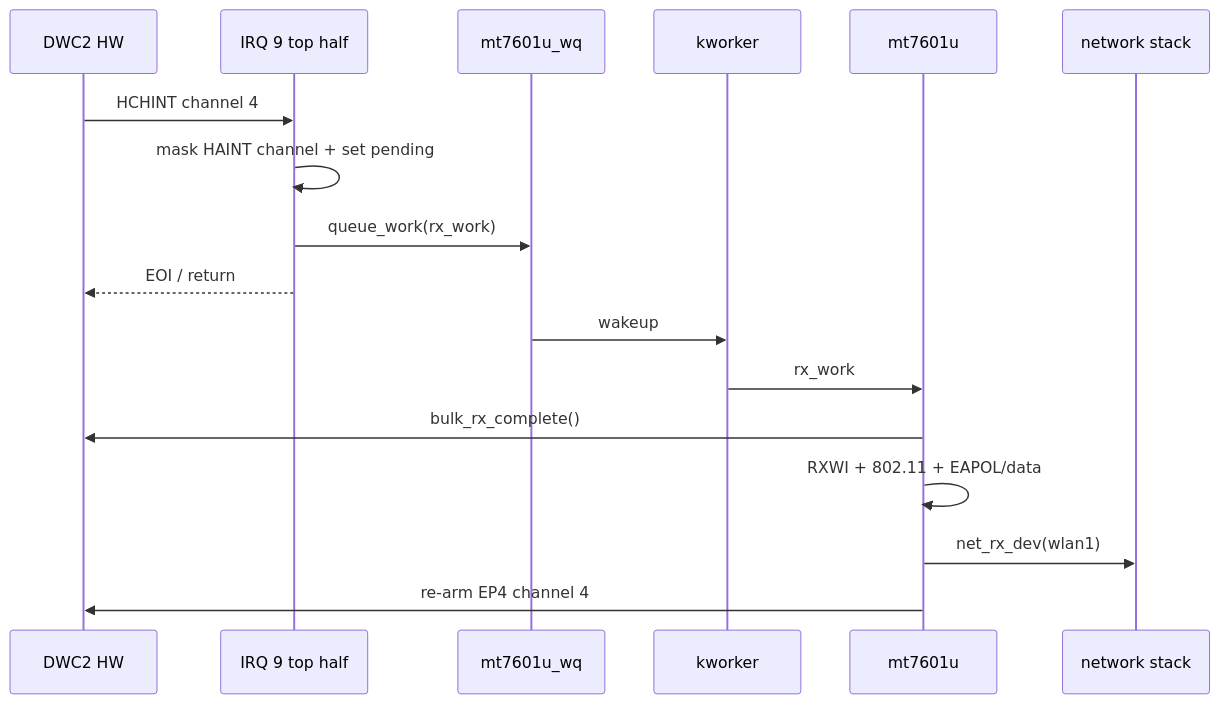
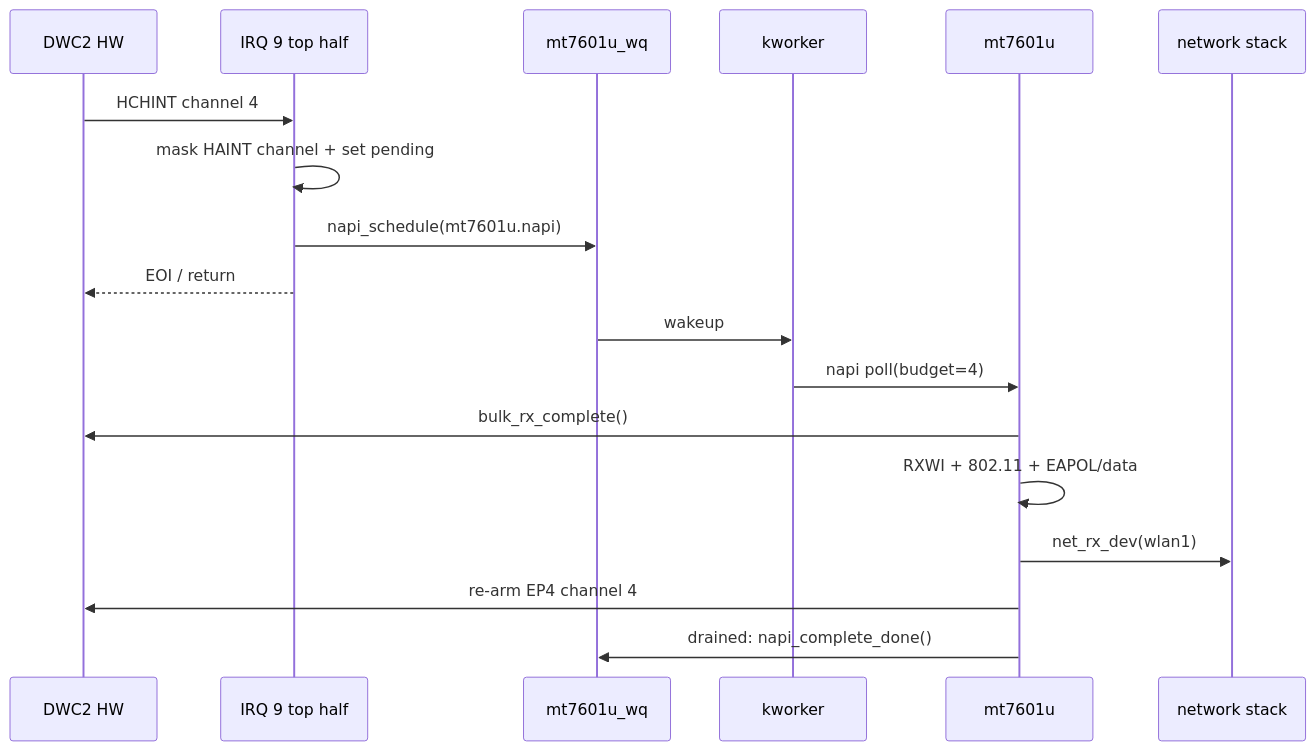
Before and after one commit to jimingkang/xv6-aarch64: the second of 6 diagrams in readme/readme_usb_wifi_MT7601.md, drawn with Mermaid. The commit also changed other lines of this file and 5 other files, not shown here.

````diff
--- a/readme/readme_usb_wifi_MT7601.md
+++ b/readme/readme_usb_wifi_MT7601.md
@@ -269,20 +269,21 @@
 ```mermaid
 sequenceDiagram
     participant HW as DWC2 HW
     participant IRQ as IRQ 9 top half
     participant WQ as mt7601u_wq
     participant KW as kworker
     participant MT as mt7601u
     participant NET as network stack
 
     HW->>IRQ: HCHINT channel 4
     IRQ->>IRQ: mask HAINT channel + set pending
-    IRQ->>WQ: queue_work(rx_work)
+    IRQ->>WQ: napi_schedule(mt7601u.napi)
     IRQ-->>HW: EOI / return
     WQ->>KW: wakeup
-    KW->>MT: rx_work
+    KW->>MT: napi poll(budget=4)
     MT->>HW: bulk_rx_complete()
     MT->>MT: RXWI + 802.11 + EAPOL/data
     MT->>NET: net_rx_dev(wlan1)
     MT->>HW: re-arm EP4 channel 4
+    MT->>WQ: drained: napi_complete_done()
 ```
````
